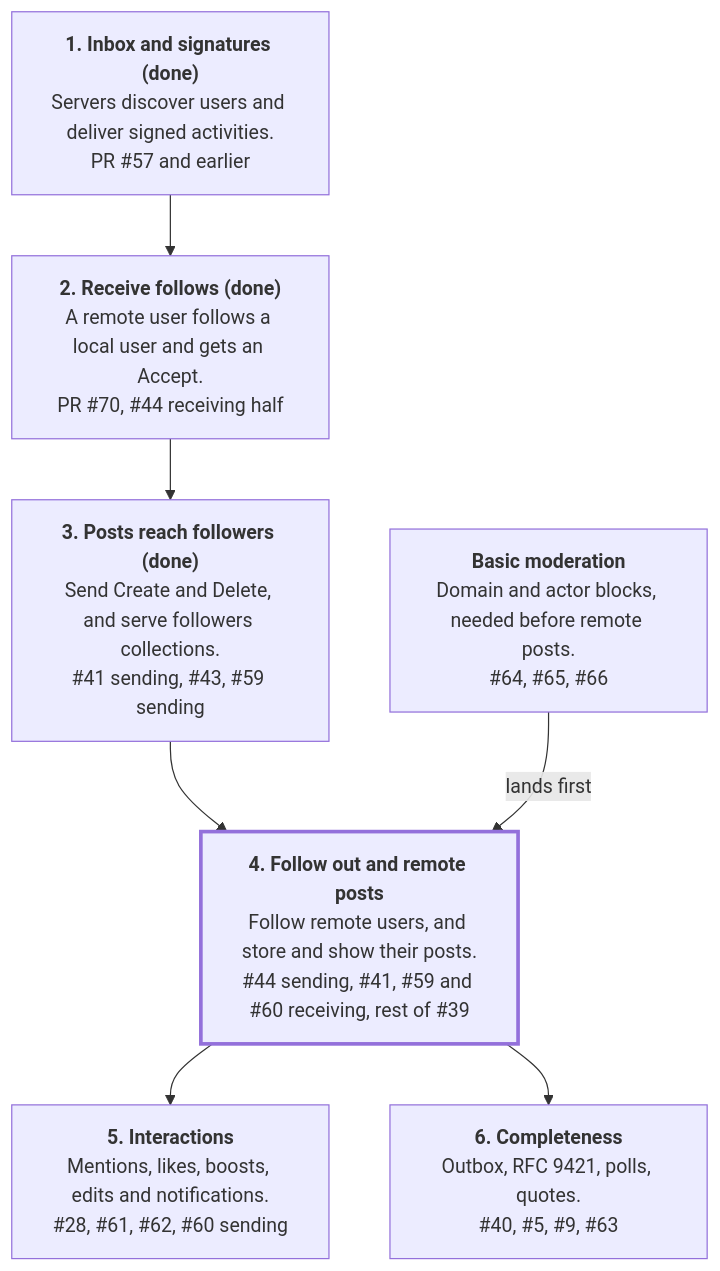
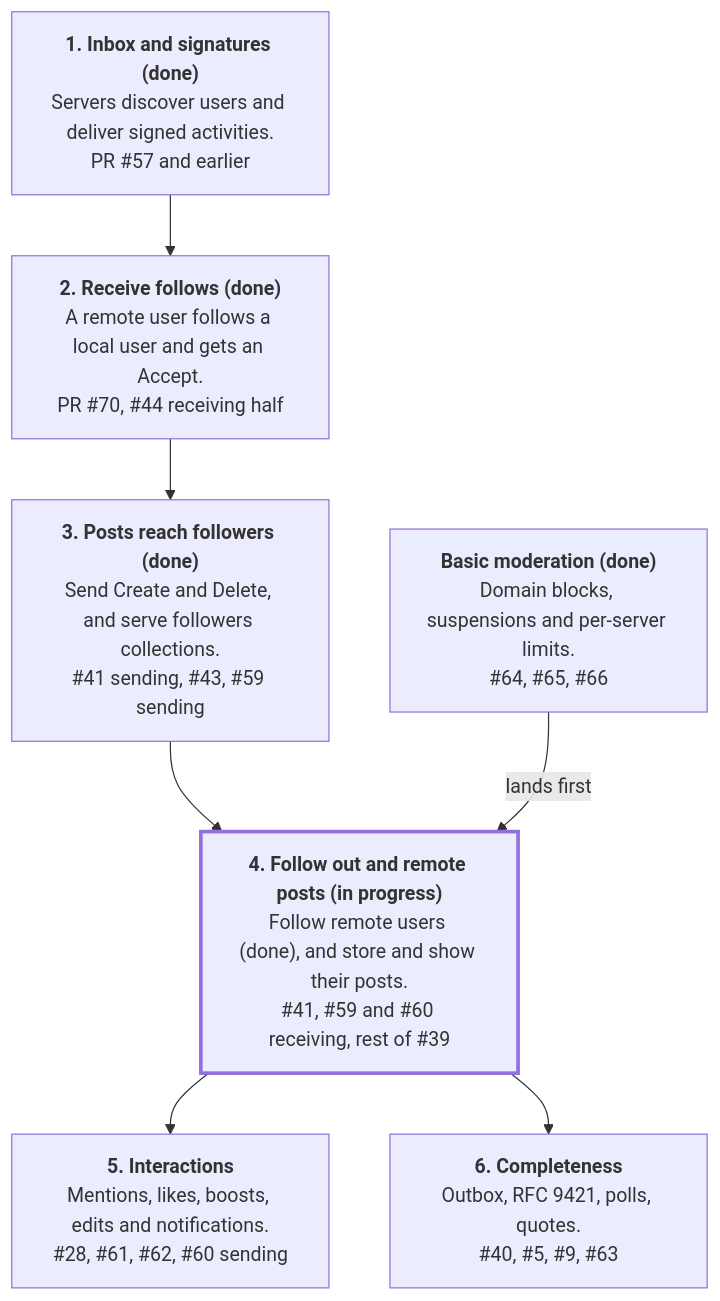
Before and after one commit to normikoto/elysium: the diagram in docs/federation-plan.md, drawn with Mermaid. The commit also changed other lines of this file, not shown here.

First line of the commit message:
Update the federation plan for follows and moderation

````diff
--- a/docs/federation-plan.md
+++ b/docs/federation-plan.md
@@ -25,16 +25,16 @@
 ```mermaid
 flowchart TD
     m1["<b>1. Inbox and signatures (done)</b><br/>Servers discover users and deliver signed activities.<br/>PR #57 and earlier"]
     m2["<b>2. Receive follows (done)</b><br/>A remote user follows a local user and gets an Accept.<br/>PR #70, #44 receiving half"]
     m3["<b>3. Posts reach followers (done)</b><br/>Send Create and Delete, and serve followers collections.<br/>#41 sending, #43, #59 sending"]
-    m4["<b>4. Follow out and remote posts</b><br/>Follow remote users, and store and show their posts.<br/>#44 sending, #41, #59 and #60 receiving, rest of #39"]
+    m4["<b>4. Follow out and remote posts (in progress)</b><br/>Follow remote users (done), and store and show their posts.<br/>#41, #59 and #60 receiving, rest of #39"]
     m5["<b>5. Interactions</b><br/>Mentions, likes, boosts, edits and notifications.<br/>#28, #61, #62, #60 sending"]
-    mod["<b>Basic moderation</b><br/>Domain and actor blocks, needed before remote posts.<br/>#64, #65, #66"]
+    mod["<b>Basic moderation (done)</b><br/>Domain blocks, suspensions and per-server limits.<br/>#64, #65, #66"]
     m6["<b>6. Completeness</b><br/>Outbox, RFC 9421, polls, quotes.<br/>#40, #5, #9, #63"]
 
     m1 --> m2 --> m3 --> m4 --> m5
     mod -- lands first --> m4
     m4 --> m6
 
     style m4 stroke-width:3px
 ```
````
